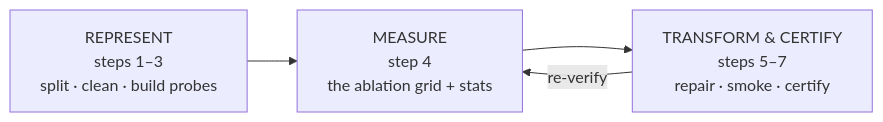
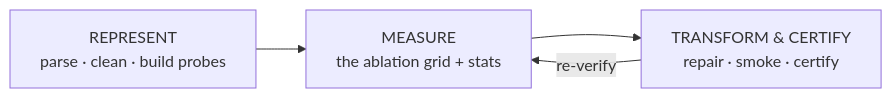
One commit to internet-zero/hypergeometric-ai changed the first of 9 diagrams in DESIGN.md. Above: the diagram before and after it, drawn with Mermaid. The commit also changed other lines of this file, not shown here.

````diff
--- a/DESIGN.md
+++ b/DESIGN.md
@@ -74,6 +74,6 @@
 ```mermaid
 flowchart LR
-    P1["REPRESENT<br/>steps 1–3<br/>split · clean · build probes"] --> P2["MEASURE<br/>step 4<br/>the ablation grid + stats"]
-    P2 --> P3["TRANSFORM & CERTIFY<br/>steps 5–7<br/>repair · smoke · certify"]
+    P1["REPRESENT<br/>parse · clean · build probes"] --> P2["MEASURE<br/>the ablation grid + stats"]
+    P2 --> P3["TRANSFORM & CERTIFY<br/>repair · smoke · certify"]
     P3 -- "re-verify" --> P2
 ```
````
